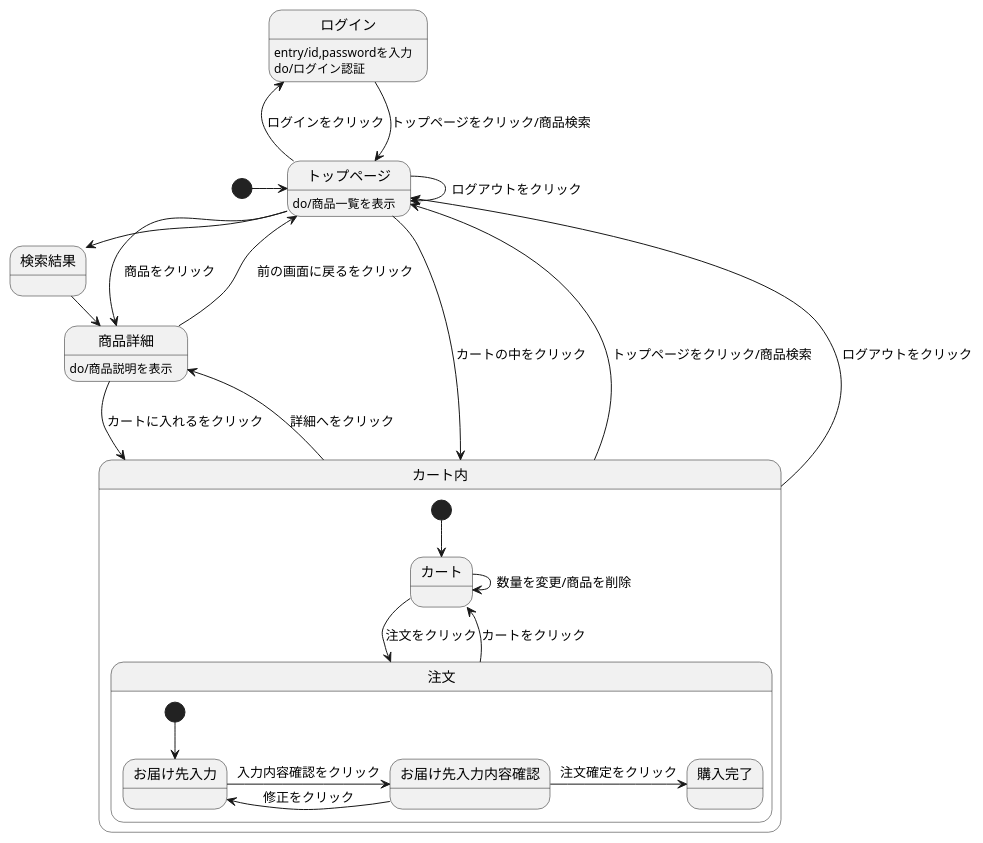
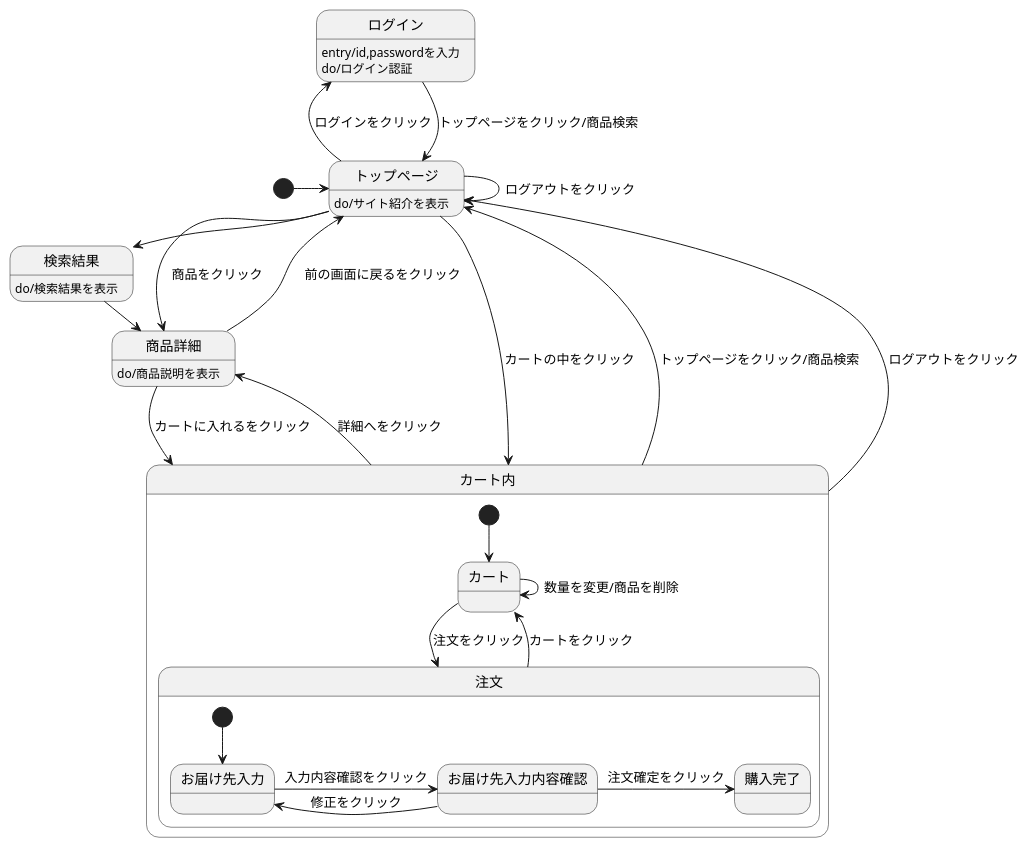
Before and after one commit to Aso2001369/2021sys-design: the diagram in src2/md/状態遷移図.md, drawn with PlantUML.

````diff
--- a/src2/md/状態遷移図.md
+++ b/src2/md/状態遷移図.md
@@ -1,35 +1,36 @@
 ```uml
 @startuml
 
 [*] -> トップページ
 ログイン --> トップページ : トップページをクリック/商品検索
 ログイン : entry/id,passwordを入力
 ログイン : do/ログイン認証
 トップページ --> トップページ : ログアウトをクリック
 トップページ -> 検索結果 : 商品検索
 トップページ -> 商品詳細 : 商品をクリック
 トップページ -left-> ログイン : ログインをクリック
 トップページ --> カート内 : カートの中をクリック
-トップページ : do/商品一覧を表示
+トップページ : do/サイト紹介を表示
 検索結果 -> 商品詳細 : 商品をクリック
+検索結果 : do/検索結果を表示
 商品詳細 --> カート内 : カートに入れるをクリック
 商品詳細 --> トップページ : 前の画面に戻るをクリック
 商品詳細 : do/商品説明を表示
 カート内 -up-> トップページ : トップページをクリック/商品検索
 カート内 -up-> トップページ : ログアウトをクリック
 カート内 -> 商品詳細 : 詳細へをクリック
 
 state カート内 {
   [*] --> カート
   カート -> 注文 : 注文をクリック
   カート -> カート : 数量を変更/商品を削除
   注文 --> カート : カートをクリック
   state 注文 {
     [*] --> お届け先入力
     お届け先入力 -> お届け先入力内容確認 : 入力内容確認をクリック
     お届け先入力内容確認 -> お届け先入力 : 修正をクリック
     お届け先入力内容確認 -> 購入完了 : 注文確定をクリック
   }
  }
 @enduml
 ```
````
